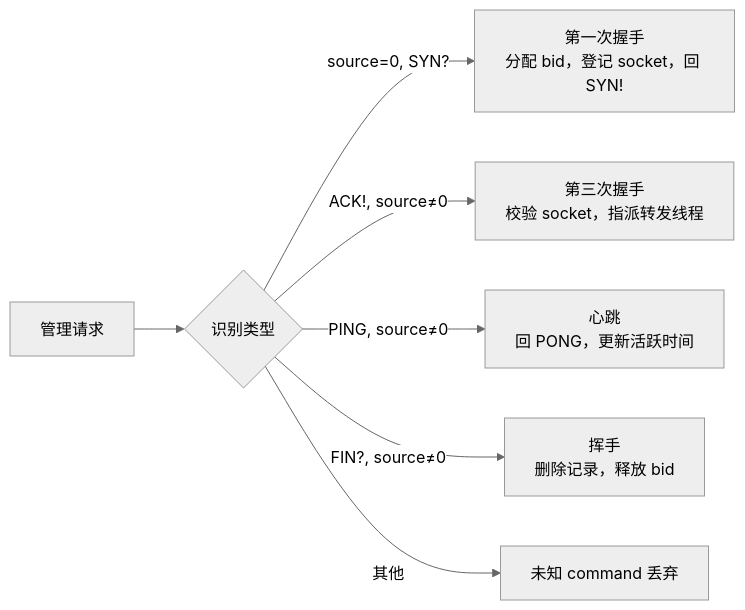
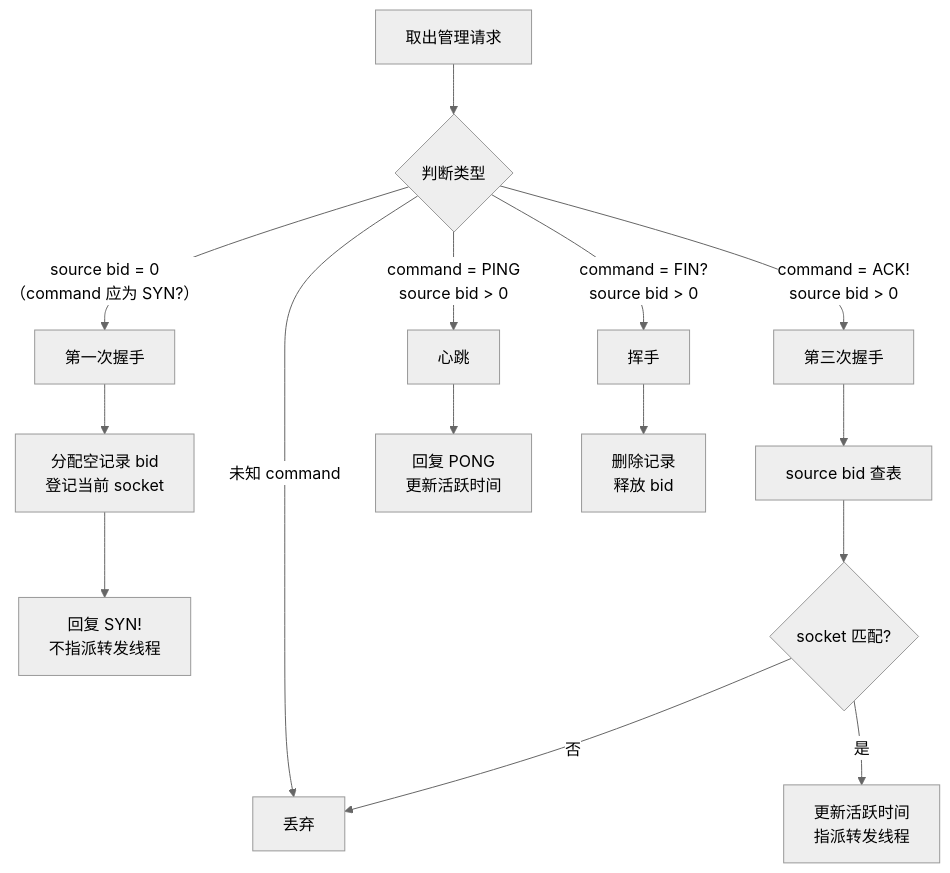
Before and after one commit to moky/magpie-bridge: the fourth of 5 diagrams in docs/design-architecture.zh-CN.md, drawn with Mermaid (neutral theme). The commit also changed other lines of this file and 5 other files, not shown here.

Commit message:
docs: regenerate from ai/ tasks with mermaid diagrams

````diff
--- a/docs/design-architecture.zh-CN.md
+++ b/docs/design-architecture.zh-CN.md
@@ -73,9 +78,17 @@
 ```mermaid
-flowchart LR
-    Q[管理请求] --> T{识别类型}
-    T -->|source=0, SYN?| H1[第一次握手<br/>分配 bid，登记 socket，回 SYN!]
-    T -->|ACK!, source≠0| H3[第三次握手<br/>校验 socket，指派转发线程]
-    T -->|PING, source≠0| HB[心跳<br/>回 PONG，更新活跃时间]
-    T -->|FIN?, source≠0| FW[挥手<br/>删除记录，释放 bid]
-    T -->|其他| UN[未知 command 丢弃]
+flowchart TD
+    P[取出管理请求] --> C{判断类型}
+    C -->|"source bid = 0<br/>（command 应为 SYN?）"| H1[第一次握手]
+    C -->|"command = ACK!<br/>source bid > 0"| H3[第三次握手]
+    C -->|"command = PING<br/>source bid > 0"| HB[心跳]
+    C -->|"command = FIN?<br/>source bid > 0"| FW[挥手]
+    C -->|"未知 command"| DR[丢弃]
+    H1 --> H1A[分配空记录 bid<br/>登记当前 socket]
+    H1A --> H1B[回复 SYN!<br/>不指派转发线程]
+    H3 --> H3A[source bid 查表]
+    H3A --> H3B{socket 匹配?}
+    H3B -- 否 --> DR
+    H3B -- 是 --> H3C[更新活跃时间<br/>指派转发线程]
+    HB --> HB1[回复 PONG<br/>更新活跃时间]
+    FW --> FW1[删除记录<br/>释放 bid]
 ```
````
